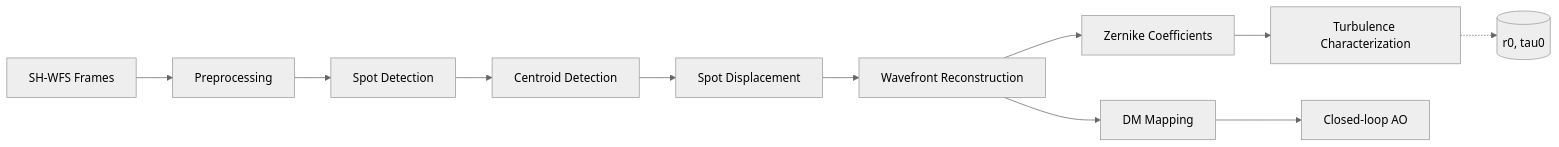
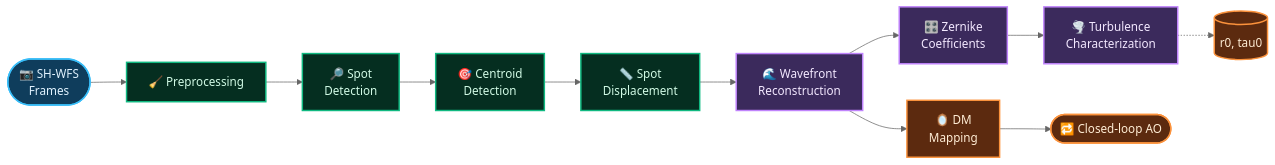
One commit to PxA-Labs/Project-RIPRA changed the second of 2 diagrams in README.md. Above: the diagram before and after it, drawn with Mermaid (neutral theme). The commit also changed other lines of this file, not shown here.

````diff
--- a/README.md
+++ b/README.md
@@ -121,13 +107,22 @@
 ```mermaid
 flowchart LR
-    A[SH-WFS Frames] --> B[Preprocessing]
-    B --> C[Spot Detection]
-    C --> D[Centroid Detection]
-    D --> E[Spot Displacement]
-    E --> F[Wavefront Reconstruction]
-    F --> G[Zernike Coefficients]
-    G --> H[Turbulence Characterization]
-    F --> I[DM Mapping]
-    I --> J[Closed-loop AO]
-    H -.-> K[(r0, tau0)]
+    A(["📷 SH-WFS<br/>Frames"]) --> B["🧹 Preprocessing"]
+    B --> C["🔎 Spot<br/>Detection"]
+    C --> D["🎯 Centroid<br/>Detection"]
+    D --> E["📏 Spot<br/>Displacement"]
+    E --> F["🌊 Wavefront<br/>Reconstruction"]
+    F --> G["🎛️ Zernike<br/>Coefficients"]
+    G --> H["🌪️ Turbulence<br/>Characterization"]
+    F --> I["🪞 DM<br/>Mapping"]
+    I --> J(["🔁 Closed-loop AO"])
+    H -.-> K[("r0, tau0")]
+
+    classDef sense fill:#0F3D5C,stroke:#38BDF8,stroke-width:2px,color:#E0F2FE
+    classDef process fill:#052E20,stroke:#10B981,stroke-width:2px,color:#D1FAE5
+    classDef recon fill:#3B2A5C,stroke:#C084FC,stroke-width:2px,color:#F3E8FF
+    classDef out fill:#5C2A0F,stroke:#FB923C,stroke-width:2px,color:#FFEDD5
+    class A sense
+    class B,C,D,E process
+    class F,G,H recon
+    class I,J,K out
 ```
````
